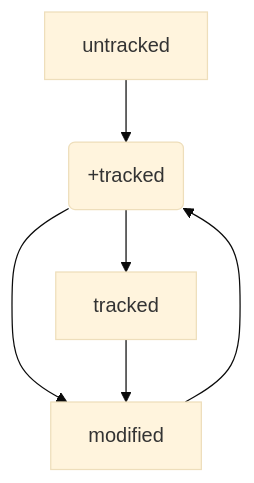
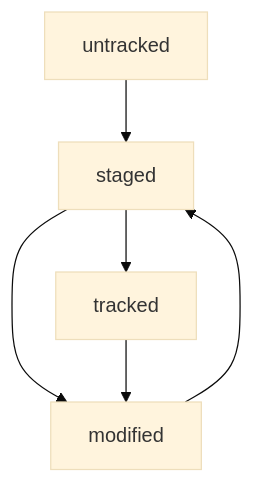
The diagram in README.md (Simbirtsev-Sergey/My-giude), drawn with Mermaid (base theme) before and after one commit.

````diff
--- a/README.md
+++ b/README.md
@@ -42,8 +42,8 @@
 ```mermaid
  graph TD;
- untracked--> staged(+tracked);
- staged(+tracked)--> modified;
- modified-->staged(+tracked);
- staged(+tracked)-->tracked;
+ untracked--> staged;
+ staged--> modified;
+ modified-->staged;
+ staged-->tracked;
  tracked--> modified
 ```
````
